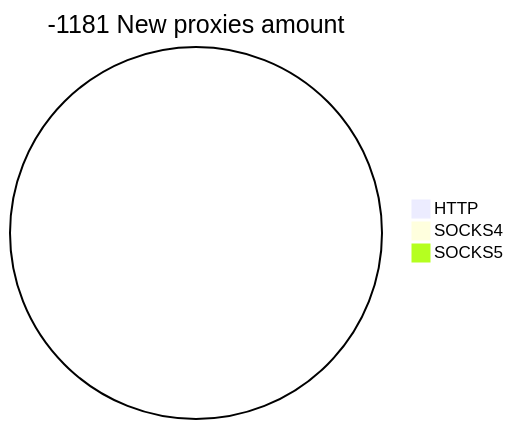
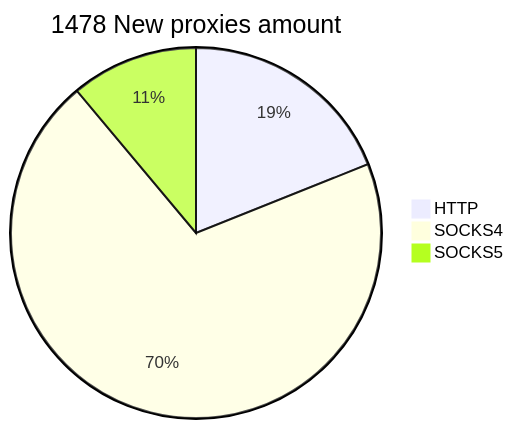
The second of 2 diagrams in README.md (cutipu/proxylist), drawn with Mermaid before and after one commit. The commit also changed other lines of this file, not shown here.

````diff
--- a/README.md
+++ b/README.md
@@ -10,6 +10,6 @@
 ```mermaid
-pie title -1181 New proxies amount
-    "HTTP" : 0
-    "SOCKS4" : 0
-    "SOCKS5" : 0
+pie title 1478 New proxies amount
+    "HTTP" : 280
+    "SOCKS4" : 1034
+    "SOCKS5" : 164
 ```
````
